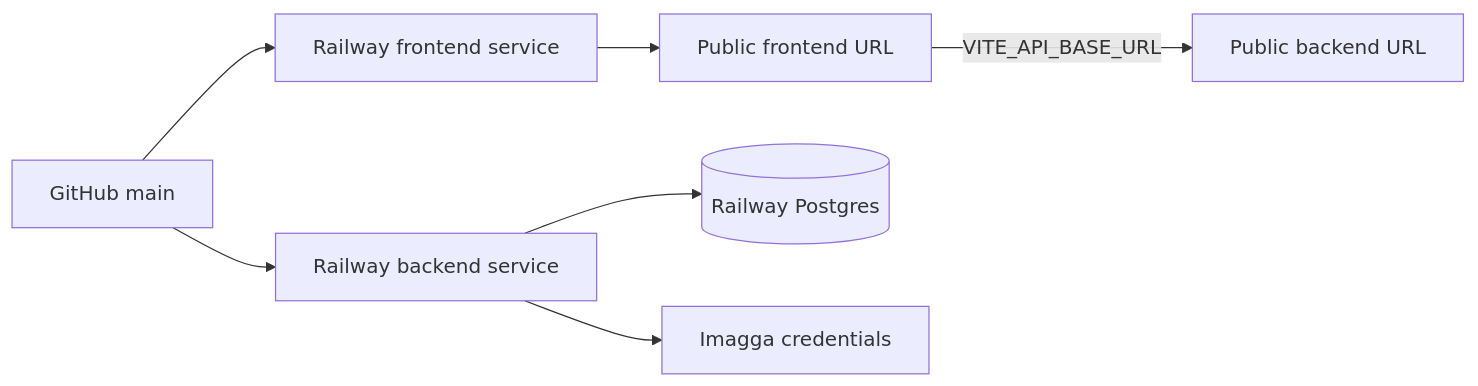
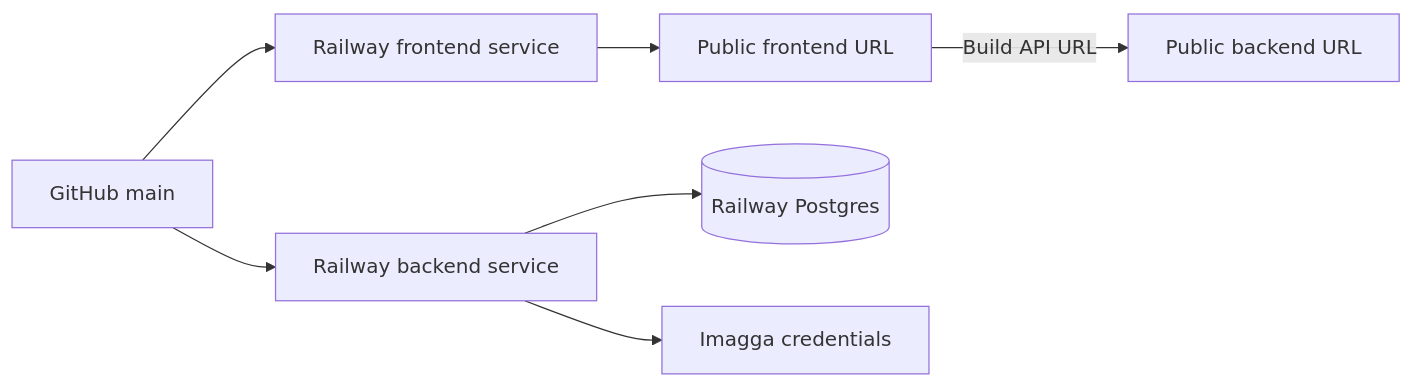
The fourth of 4 diagrams in README.md (debayanCODES-1/Image-Quality-and-Defect-Detection), drawn with Mermaid before and after one commit. The commit also changed other lines of this file, not shown here.

Commit message:
Fix Mermaid flowchart compatibility

````diff
--- a/README.md
+++ b/README.md
@@ -236,9 +236,9 @@
 ```mermaid
 flowchart LR
     GitHub[GitHub main] --> FrontendBuild[Railway frontend service]
     GitHub --> BackendBuild[Railway backend service]
     FrontendBuild --> FrontendURL[Public frontend URL]
-    FrontendURL -->|VITE_API_BASE_URL| BackendURL[Public backend URL]
+    FrontendURL -->|Build API URL| BackendURL[Public backend URL]
     BackendBuild --> Database[(Railway Postgres)]
     BackendBuild --> Imagga[Imagga credentials]
 ```
````
